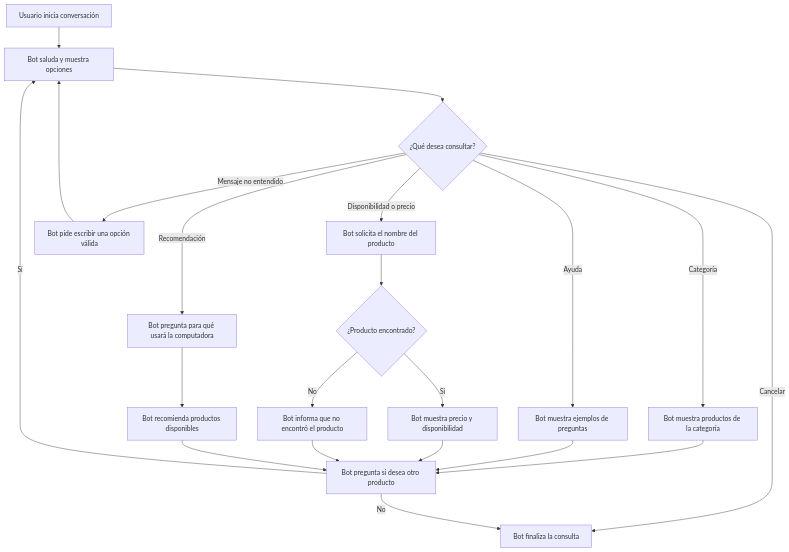
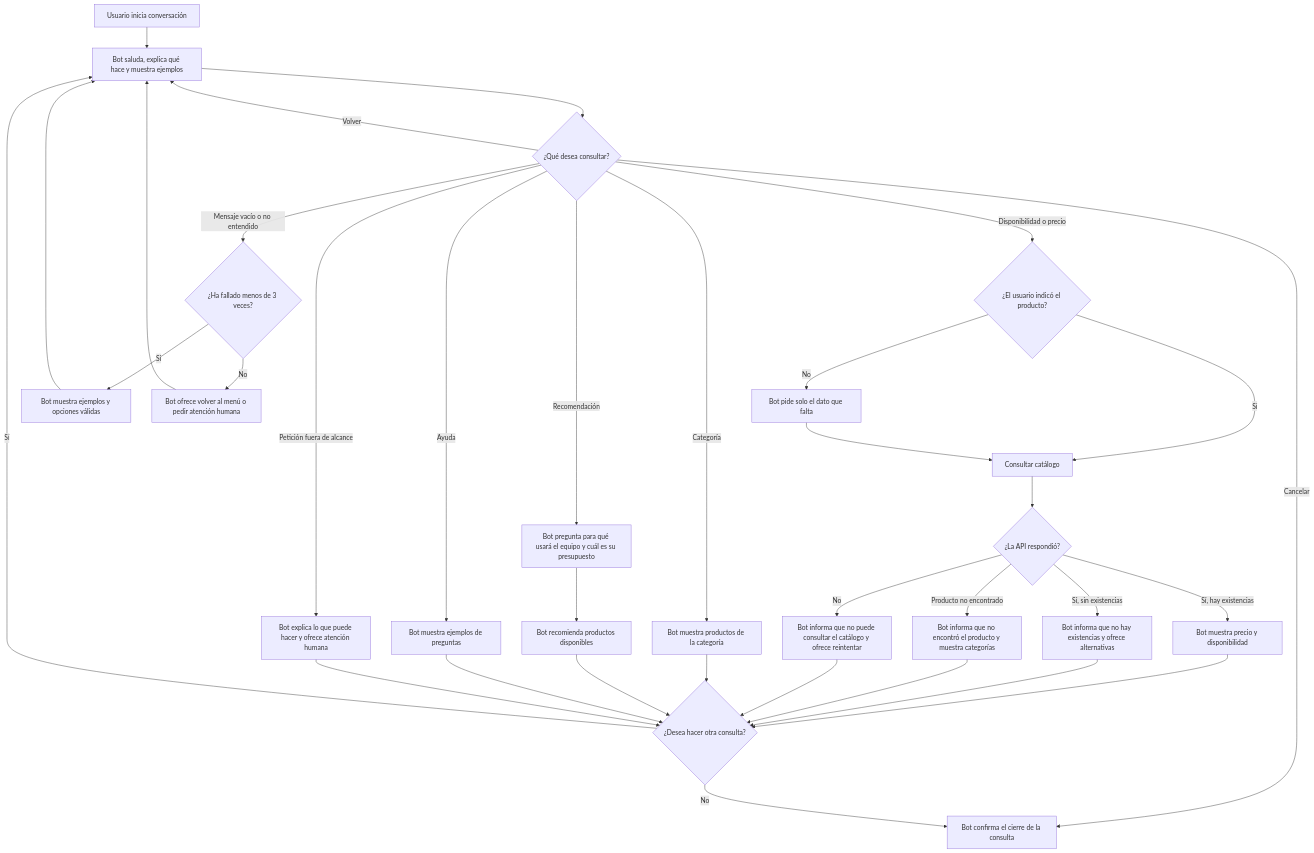
One commit to Comercio-Electronico-2026/chatbot changed the diagram in docs/diseno-conversacional.md. Above: the diagram before and after it, drawn with Mermaid. The commit also changed other lines of this file, not shown here.

Commit message:
Correciones luego del veredicto
Correciones realizadas en base al veredicto de B

````diff
--- a/docs/diseno-conversacional.md
+++ b/docs/diseno-conversacional.md
@@ -31,26 +32,42 @@
 ```mermaid
 flowchart TD
-    A[Usuario inicia conversación] --> B[Bot saluda y muestra opciones]
+    A[Usuario inicia conversación] --> B[Bot saluda, explica qué hace y muestra ejemplos]
     B --> C{¿Qué desea consultar?}
 
-    C -->|Disponibilidad o precio| D[Bot solicita el nombre del producto]
-    C -->|Categoría| E[Bot muestra productos de la categoría]
-    C -->|Recomendación| F[Bot pregunta para qué usará la computadora]
-    C -->|Ayuda| G[Bot muestra ejemplos de preguntas]
-    C -->|Cancelar| H[Bot finaliza la consulta]
-    C -->|Mensaje no entendido| I[Bot pide escribir una opción válida]
+    C -->|Disponibilidad o precio| D{¿El usuario indicó el producto?}
+    D -->|Sí| E[Consultar catálogo]
+    D -->|No| F[Bot pide solo el dato que falta]
+    F --> E
 
-    D --> J{¿Producto encontrado?}
-    J -->|Sí| K[Bot muestra precio y disponibilidad]
-    J -->|No| L[Bot informa que no encontró el producto]
+    E --> G{¿La API respondió?}
+    G -->|Sí, hay existencias| H[Bot muestra precio y disponibilidad]
+    G -->|Sí, sin existencias| I[Bot informa que no hay existencias y ofrece alternativas]
+    G -->|Producto no encontrado| J[Bot informa que no encontró el producto y muestra categorías]
+    G -->|No| K[Bot informa que no puede consultar el catálogo y ofrece reintentar]
 
-    E --> M[Bot pregunta si desea otro producto]
-    F --> N[Bot recomienda productos disponibles]
-    G --> M
-    I --> B
-    K --> M
-    L --> M
-    N --> M
-    M -->|Sí| B
-    M -->|No| H
+    C -->|Categoría| L[Bot muestra productos de la categoría]
+    C -->|Recomendación| M[Bot pregunta para qué usará el equipo y cuál es su presupuesto]
+    M --> N[Bot recomienda productos disponibles]
+    C -->|Ayuda| O[Bot muestra ejemplos de preguntas]
+    C -->|Volver| B
+    C -->|Cancelar| P[Bot confirma el cierre de la consulta]
+    C -->|Petición fuera de alcance| Q[Bot explica lo que puede hacer y ofrece atención humana]
+    C -->|Mensaje vacío o no entendido| R{¿Ha fallado menos de 3 veces?}
+
+    R -->|Sí| S[Bot muestra ejemplos y opciones válidas]
+    R -->|No| T[Bot ofrece volver al menú o pedir atención humana]
+
+    H --> U{¿Desea hacer otra consulta?}
+    I --> U
+    J --> U
+    K --> U
+    L --> U
+    N --> U
+    O --> U
+    Q --> U
+
+    S --> B
+    T --> B
+    U -->|Sí| B
+    U -->|No| P
 ```
````
